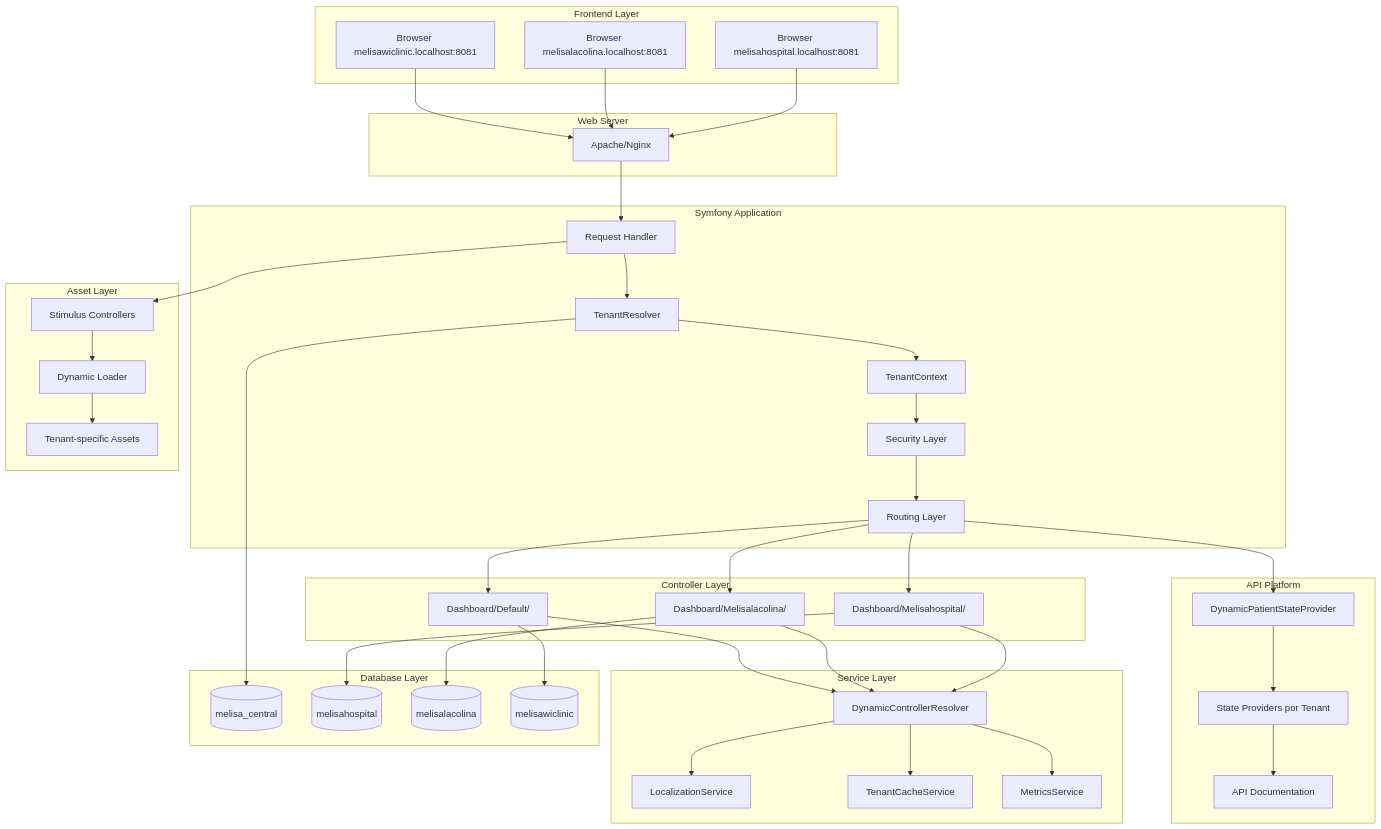
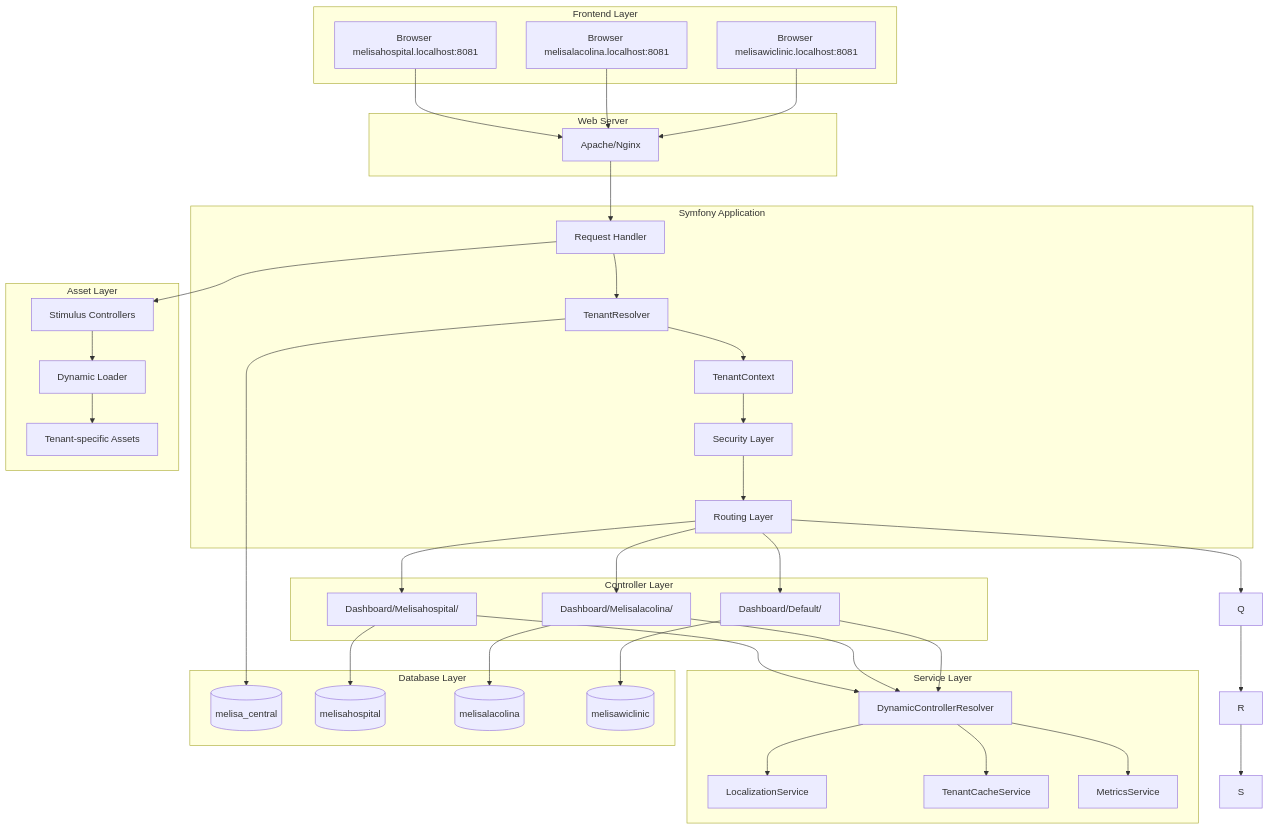
Before and after one commit to carlosalarcong/melisa_tenant: the third of 3 diagrams in docs/ARQUITECTURA_MELISA_TENANT.md, drawn with Mermaid. The commit also changed other lines of this file and 1 other file, not shown here.

First line of the commit message:
Limpieza completa de referencias a API Platform en documentación

````diff
--- a/docs/ARQUITECTURA_MELISA_TENANT.md
+++ b/docs/ARQUITECTURA_MELISA_TENANT.md
@@ -1218,80 +883,75 @@
 ```mermaid
 graph TB
     subgraph "Frontend Layer"
         A[Browser melisahospital.localhost:8081]
         B[Browser melisalacolina.localhost:8081]
         C[Browser melisawiclinic.localhost:8081]
     end
     
     subgraph "Web Server"
         D[Apache/Nginx]
     end
     
     subgraph "Symfony Application"
         E[Request Handler]
         F[TenantResolver]
         G[TenantContext]
         H[Security Layer]
         I[Routing Layer]
     end
     
     subgraph "Controller Layer"
         J[Dashboard/Melisahospital/]
         K[Dashboard/Melisalacolina/]
         L[Dashboard/Default/]
     end
     
     subgraph "Service Layer"
         M[DynamicControllerResolver]
         N[LocalizationService]
         O[TenantCacheService]
         P[MetricsService]
     end
     
-    subgraph "API Platform"
-        Q[DynamicPatientStateProvider]
-        R[State Providers por Tenant]
-        S[API Documentation]
-    end
     
     subgraph "Database Layer"
         T[(melisa_central)]
         U[(melisahospital)]
         V[(melisalacolina)]
         W[(melisawiclinic)]
     end
     
     subgraph "Asset Layer"
         X[Stimulus Controllers]
         Y[Dynamic Loader]
         Z[Tenant-specific Assets]
     end
     
     A --> D
     B --> D
     C --> D
     D --> E
     E --> F
     F --> G
     G --> H
     H --> I
     I --> J
     I --> K
     I --> L
     J --> M
     K --> M
     L --> M
     M --> N
     M --> O
     M --> P
     I --> Q
     Q --> R
     R --> S
     J --> U
     K --> V
     L --> W
     F --> T
     E --> X
     X --> Y
     Y --> Z
 ```
````
